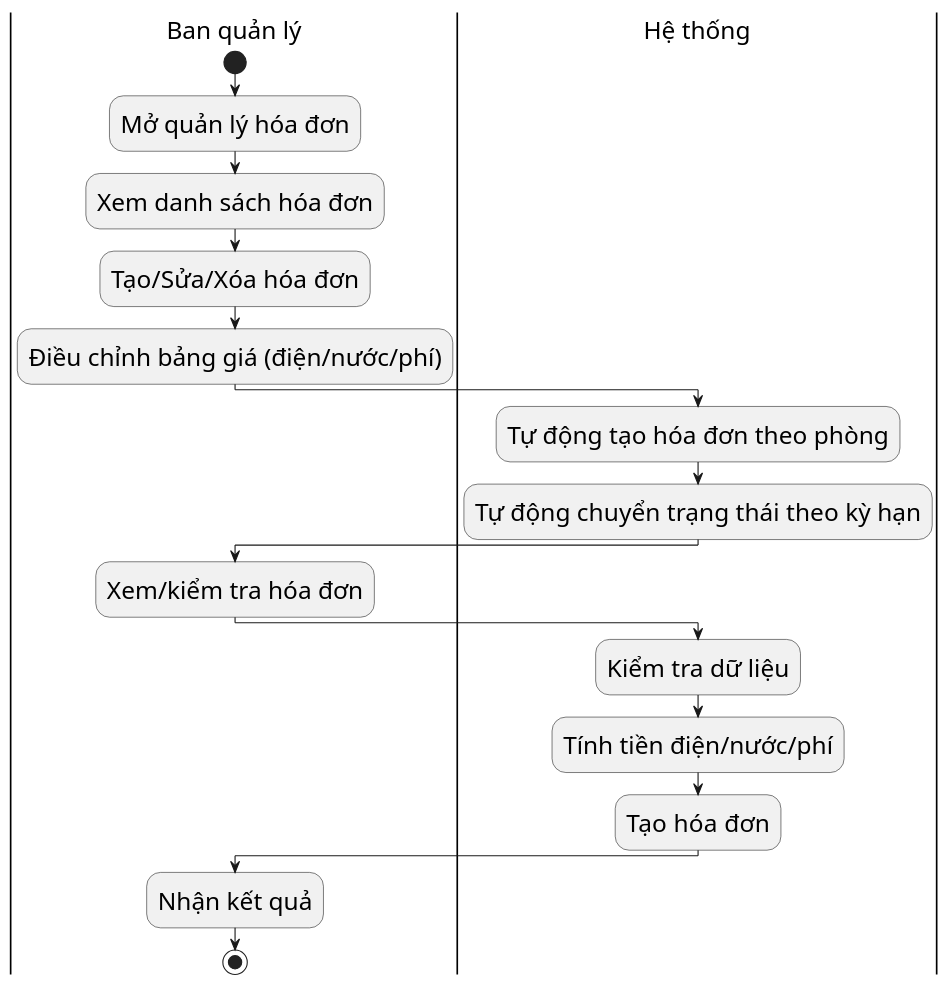
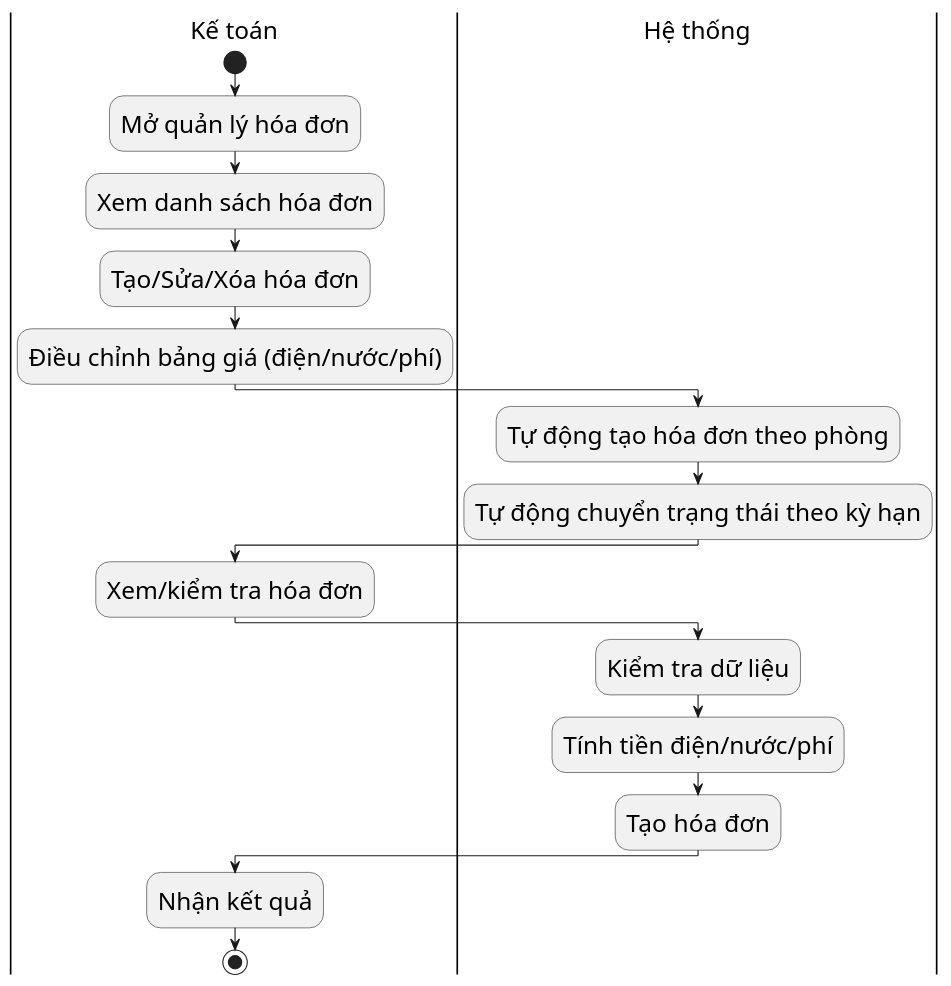
One commit to s0nbuildtech287/dormitory-frontend changed the diagram in diagrams/nhomhoadonthanhtoan/invoice_create_activity.puml. Above: the diagram before and after it, drawn with PlantUML. The commit also changed other lines of this file and 5 other files, not shown here.

```diff
--- a/diagrams/nhomhoadonthanhtoan/invoice_create_activity.puml
+++ b/diagrams/nhomhoadonthanhtoan/invoice_create_activity.puml
@@ -1,22 +1,22 @@
 @startuml "Invoice Management Activity"
 skinparam defaultFontSize 22
 skinparam defaultFontName "Times New Roman"
-|Ban quản lý|
+|Kế toán|
 start
 :Mở quản lý hóa đơn;
 :Xem danh sách hóa đơn;
 :Tạo/Sửa/Xóa hóa đơn;
 :Điều chỉnh bảng giá (điện/nước/phí);
 |Hệ thống|
 :Tự động tạo hóa đơn theo phòng;
 :Tự động chuyển trạng thái theo kỳ hạn;
-|Ban quản lý|
+|Kế toán|
 :Xem/kiểm tra hóa đơn;
 |Hệ thống|
 :Kiểm tra dữ liệu;
 :Tính tiền điện/nước/phí;
 :Tạo hóa đơn;
-|Ban quản lý|
+|Kế toán|
 :Nhận kết quả;
 stop
 @enduml
```
